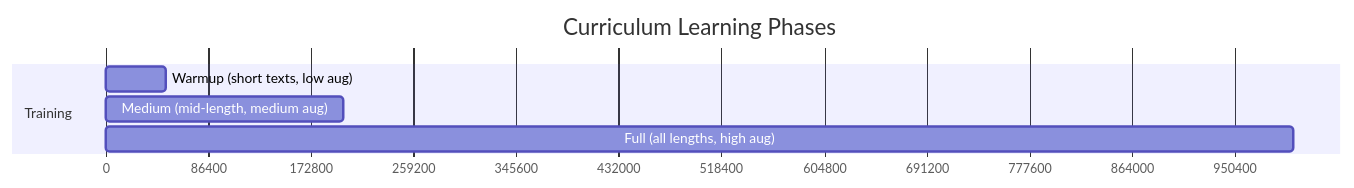
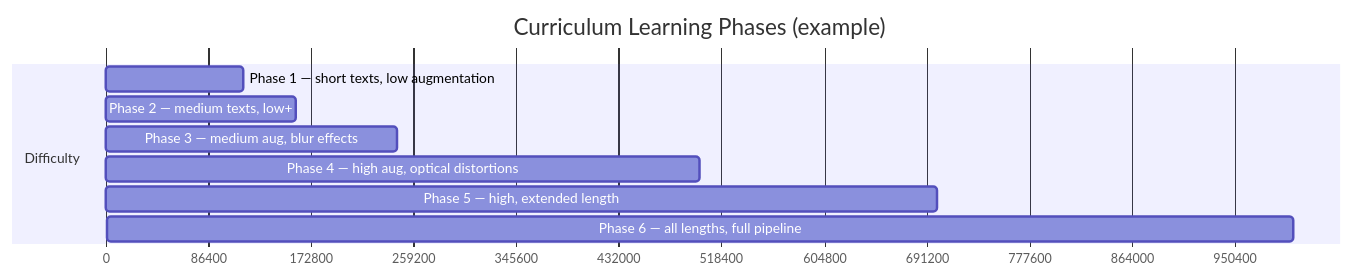
One commit to CharlyJazz/OCR-Aster-ConvNeXt-Trainer changed the sixth of 9 diagrams in README.md. Above: the diagram before and after it, drawn with Mermaid. The commit also changed other lines of this file, not shown here.

First line of the commit message:
docs: simplify to single fixed architecture — ConvNeXt + BiLSTM + ASTER v2

````diff
--- a/README.md
+++ b/README.md
@@ -236,11 +242,14 @@
 ```mermaid
 gantt
-    title Curriculum Learning Phases
+    title Curriculum Learning Phases (example)
     dateFormat  X
-    axisFormat %s
+    axisFormat  %s
 
-    section Training
-    Warmup (short texts, low aug)     :0, 50000
-    Medium (mid-length, medium aug)   :50000, 200000
-    Full (all lengths, high aug)      :200000, 1000000
+    section Difficulty
+    Phase 1 — short texts, low augmentation   :0, 116000
+    Phase 2 — medium texts, low+              :116000, 160000
+    Phase 3 — medium aug, blur effects        :160000, 245000
+    Phase 4 — high aug, optical distortions   :245000, 500000
+    Phase 5 — high, extended length           :500000, 700000
+    Phase 6 — all lengths, full pipeline      :700000, 1000000
 ```
````
